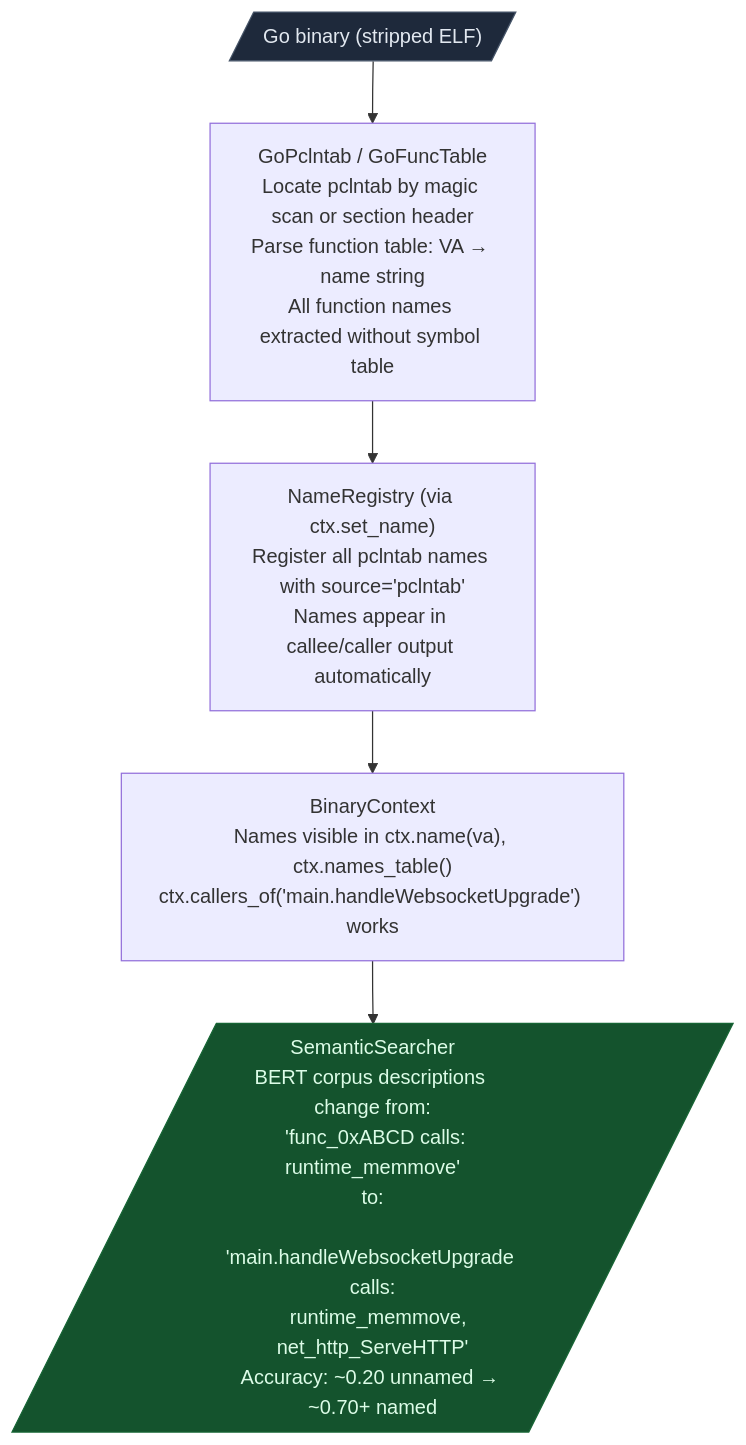
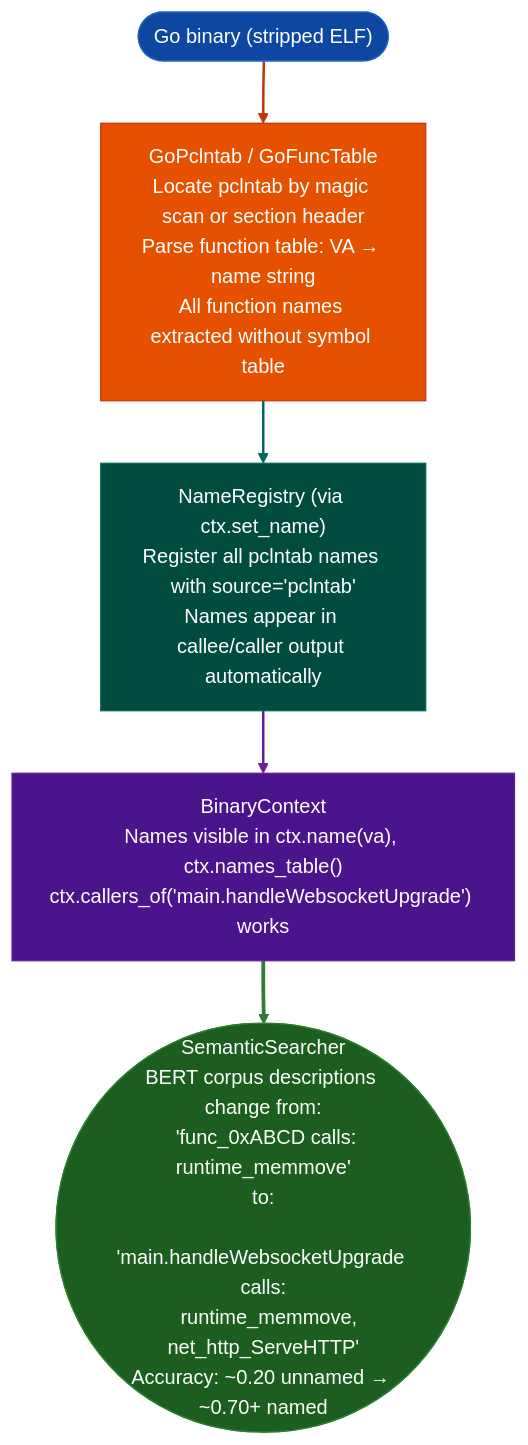
One commit to Ablation-Tool/ablation changed the first of 2 diagrams in docs/workflows/go-binaries.md. Above: the diagram before and after it, drawn with Mermaid. The commit also changed other lines of this file and 320 other files, not shown here.

First line of the commit message:
docs: apply canonical Mermaid template to all 321 diagrams

````diff
--- a/docs/workflows/go-binaries.md
+++ b/docs/workflows/go-binaries.md
@@ -50,13 +50,20 @@
 ```mermaid
 flowchart TD
-    A[/"Go binary (stripped ELF)"/] --> B["GoPclntab / GoFuncTable\nLocate pclntab by magic scan or section header\nParse function table: VA → name string\nAll function names extracted without symbol table"]
+    A(["Go binary (stripped ELF)"]):::input --> B["GoPclntab / GoFuncTable\nLocate pclntab by magic scan or section header\nParse function table: VA → name string\nAll function names extracted without symbol table"]:::primary
 
-    B --> C["NameRegistry (via ctx.set_name)\nRegister all pclntab names with source='pclntab'\nNames appear in callee/caller output automatically"]
+    B:::primary --> C["NameRegistry (via ctx.set_name)\nRegister all pclntab names with source='pclntab'\nNames appear in callee/caller output automatically"]:::secondary
 
-    C --> D["BinaryContext\nNames visible in ctx.name(va), ctx.names_table()\nctx.callers_of('main.handleWebsocketUpgrade') works"]
+    C:::secondary --> D["BinaryContext\nNames visible in ctx.name(va), ctx.names_table()\nctx.callers_of('main.handleWebsocketUpgrade') works"]:::tertiary
 
-    D --> E[/"SemanticSearcher\nBERT corpus descriptions change from:\n  'func_0xABCD calls: runtime_memmove'\nto:\n  'main.handleWebsocketUpgrade calls:\n   runtime_memmove, net_http_ServeHTTP'\nAccuracy: ~0.20 unnamed → ~0.70+ named"/]
-
-    style A fill:#1e293b,stroke:#475569,color:#e2e8f0
-    style E fill:#14532d,stroke:#166534,color:#dcfce7
+    D:::tertiary --> E(["SemanticSearcher\nBERT corpus descriptions change from:\n  'func_0xABCD calls: runtime_memmove'\nto:\n  'main.handleWebsocketUpgrade calls:\n   runtime_memmove, net_http_ServeHTTP'\nAccuracy: ~0.20 unnamed → ~0.70+ named"]):::output
+    classDef input     fill:#0d47a1,stroke:#1565c0,color:#fff
+    classDef primary   fill:#e65100,stroke:#bf360c,color:#fff
+    classDef secondary fill:#004d40,stroke:#00695c,color:#fff
+    classDef tertiary  fill:#4a148c,stroke:#6a1b9a,color:#fff
+    classDef neutral   fill:#37474f,stroke:#546e7a,color:#fff
+    classDef output    fill:#1b5e20,stroke:#2e7d32,color:#fff
+    linkStyle 0 stroke:#bf360c,stroke-width:2px
+    linkStyle 1 stroke:#00695c,stroke-width:2px
+    linkStyle 2 stroke:#6a1b9a,stroke-width:2px
+    linkStyle 3 stroke:#2e7d32,stroke-width:3px
 ```
````
